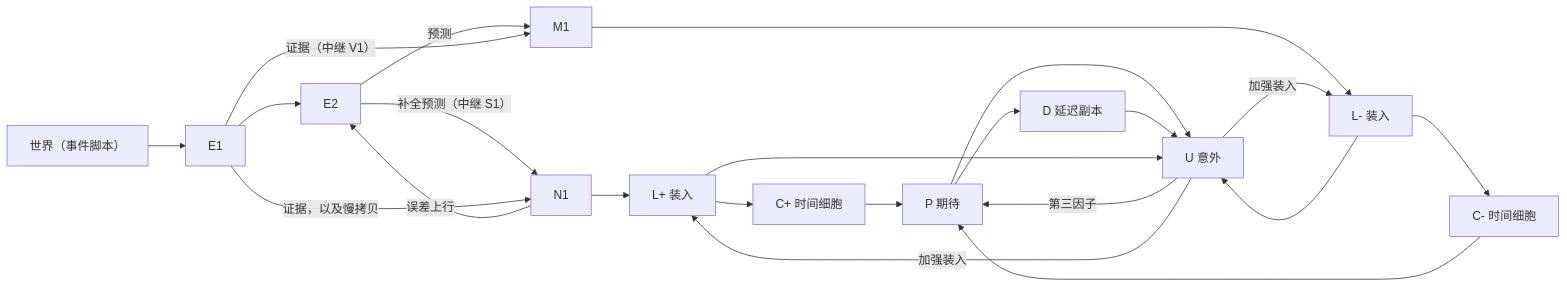
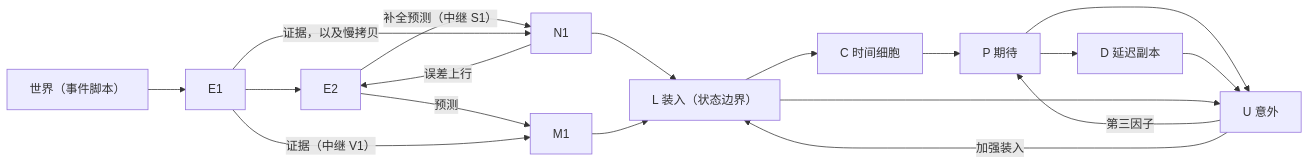
The first of 2 diagrams in docs/ARCHITECTURE.md (vasily-tolkyov/bio-brain), drawn with Mermaid before and after one commit. The commit also changed other lines of this file, not shown here.

````diff
--- a/docs/ARCHITECTURE.md
+++ b/docs/ARCHITECTURE.md
@@ -50,24 +50,20 @@
 ```mermaid
 flowchart LR
   world["世界（事件脚本）"] --> E1
   E1 --> E2
   E2 -->|"补全预测（中继 S1）"| N1
   E1 -->|"证据，以及慢拷贝"| N1
   E2 -->|"预测"| M1
   E1 -->|"证据（中继 V1）"| M1
   N1 -->|"误差上行"| E2
-  N1 --> Lp["L+ 装入"]
-  M1 --> Lm["L- 装入"]
-  Lp --> Cp["C+ 时间细胞"]
-  Lm --> Cm["C- 时间细胞"]
-  Cp --> P["P 期待"]
-  Cm --> P
+  N1 --> L["L 装入（状态边界）"]
+  M1 --> L
+  L --> C["C 时间细胞"]
+  C --> P["P 期待"]
   P --> D["D 延迟副本"]
   P --> U["U 意外"]
   D --> U
-  Lp --> U
-  Lm --> U
+  L --> U
   U -->|"第三因子"| P
-  U -->|"加强装入"| Lp
-  U -->|"加强装入"| Lm
+  U -->|"加强装入"| L
 ```
````
